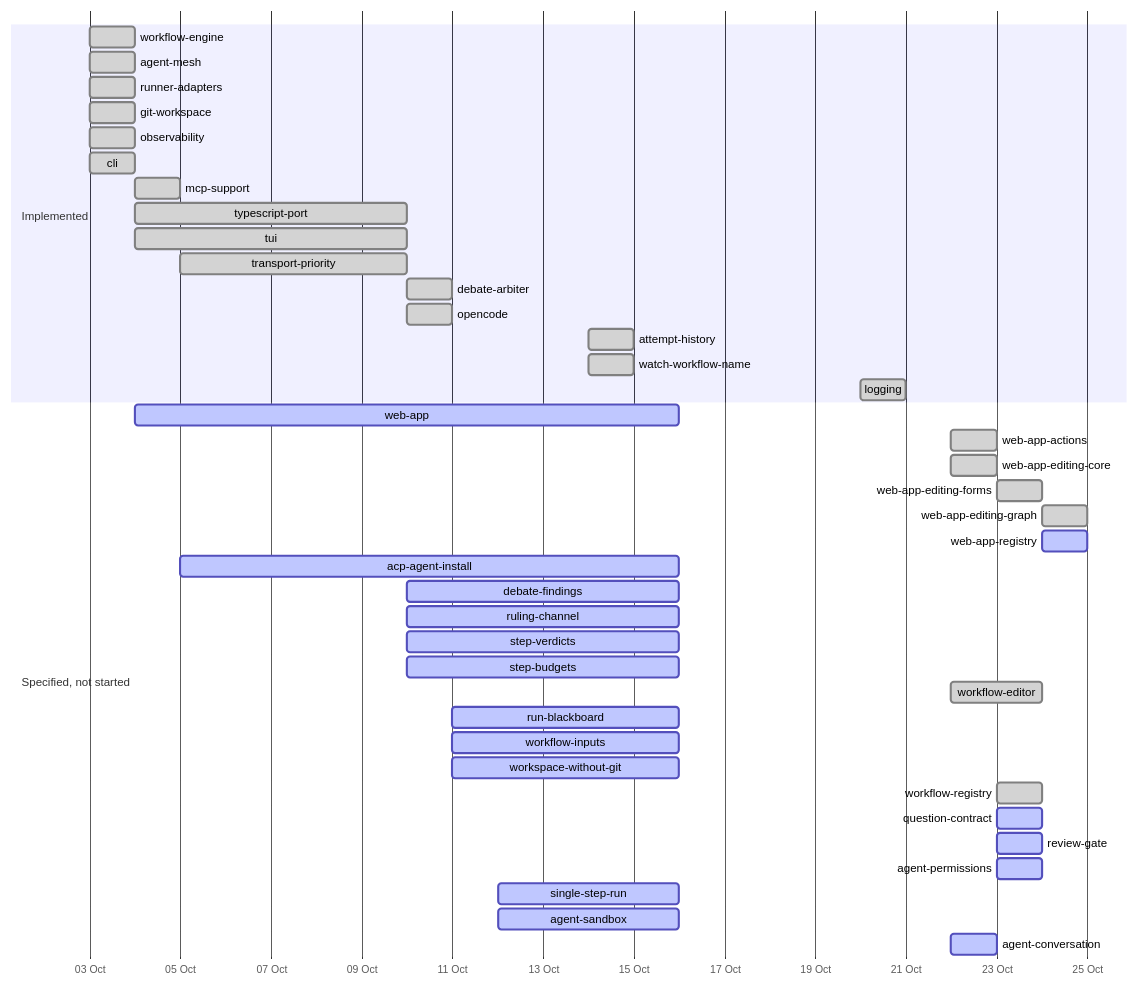
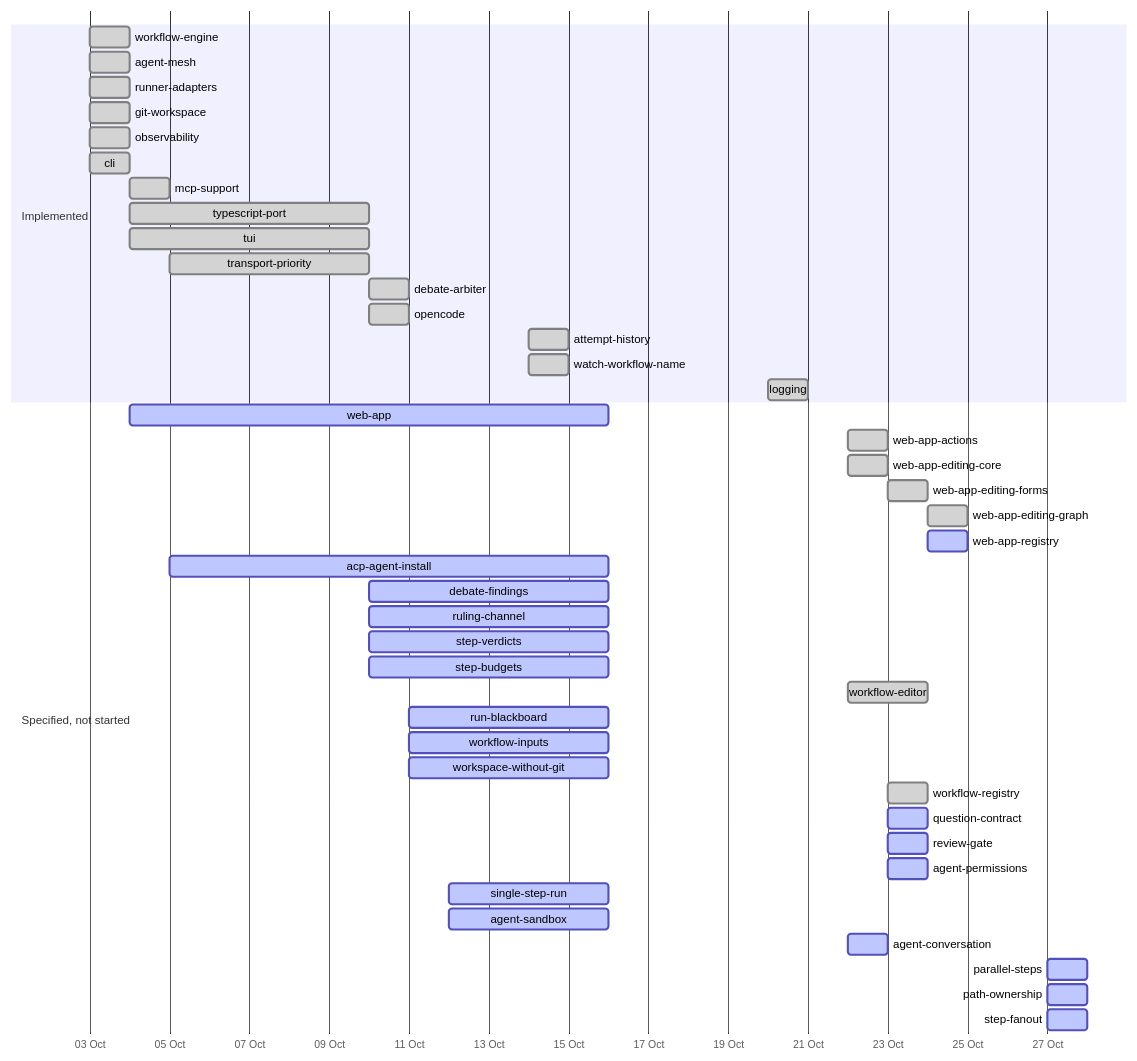
Before and after one commit to yaotzin1/indaba: the second of 2 diagrams in specs/DEPENDENCY_MAP.md, drawn with Mermaid. The commit also changed other lines of this file and 14 other files, not shown here.

First line of the commit message:
Specify parallel steps (planned) and path ownership (#90)

````diff
--- a/specs/DEPENDENCY_MAP.md
+++ b/specs/DEPENDENCY_MAP.md
@@ -71,44 +71,47 @@
 ```mermaid
 gantt
     dateFormat YYYY-MM-DD
     axisFormat %d %b
     section Implemented
     workflow-engine        :done, 2026-10-03, 2026-10-04
     agent-mesh             :done, 2026-10-03, 2026-10-04
     runner-adapters        :done, 2026-10-03, 2026-10-04
     git-workspace          :done, 2026-10-03, 2026-10-04
     observability          :done, 2026-10-03, 2026-10-04
     cli                    :done, 2026-10-03, 2026-10-04
     mcp-support            :done, 2026-10-04, 1d
     typescript-port        :done, 2026-10-04, 2026-10-10
     tui                    :done, 2026-10-04, 2026-10-10
     transport-priority     :done, 2026-10-05, 2026-10-10
     debate-arbiter         :done, 2026-10-10, 1d
     opencode               :done, 2026-10-10, 1d
     attempt-history        :done, 2026-10-14, 1d
     watch-workflow-name    :done, 2026-10-14, 1d
     logging                :done, 2026-10-20, 2026-10-21
     section Specified, not started
     web-app                :active, 2026-10-04, 2026-10-16
     web-app-actions        :done, 2026-10-22, 1d
     web-app-editing-core   :done, 2026-10-22, 1d
     web-app-editing-forms  :done, 2026-10-23, 1d
     web-app-editing-graph  :done, 2026-10-24, 1d
     web-app-registry       :active, 2026-10-24, 1d
     acp-agent-install      :active, 2026-10-05, 2026-10-16
     debate-findings        :active, 2026-10-10, 2026-10-16
     ruling-channel         :active, 2026-10-10, 2026-10-16
     step-verdicts          :active, 2026-10-10, 2026-10-16
     step-budgets           :active, 2026-10-10, 2026-10-16
     workflow-editor        :done, 2026-10-22, 2d
     run-blackboard         :active, 2026-10-11, 2026-10-16
     workflow-inputs        :active, 2026-10-11, 2026-10-16
     workspace-without-git  :active, 2026-10-11, 2026-10-16
     workflow-registry      :done, 2026-10-23, 1d
     question-contract      :active, 2026-10-23, 2026-10-24
     review-gate            :active, 2026-10-23, 2026-10-24
     agent-permissions      :active, 2026-10-23, 2026-10-24
     single-step-run        :active, 2026-10-12, 2026-10-16
     agent-sandbox          :active, 2026-10-12, 2026-10-16
     agent-conversation     :active, 2026-10-22, 2026-10-23
+    parallel-steps         :active, 2026-10-27, 1d
+    path-ownership         :active, 2026-10-27, 1d
+    step-fanout            :active, 2026-10-27, 1d
 ```
````
